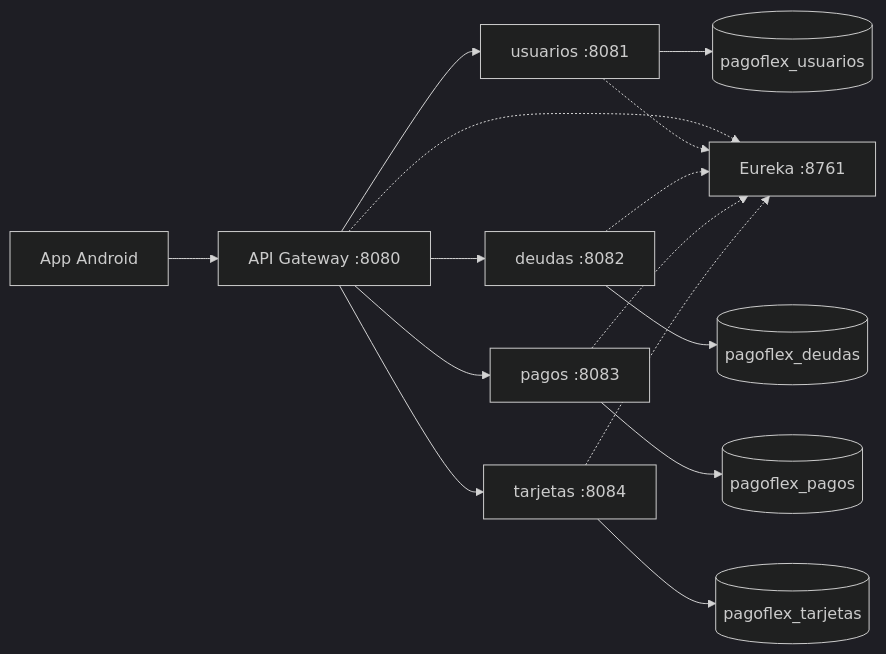
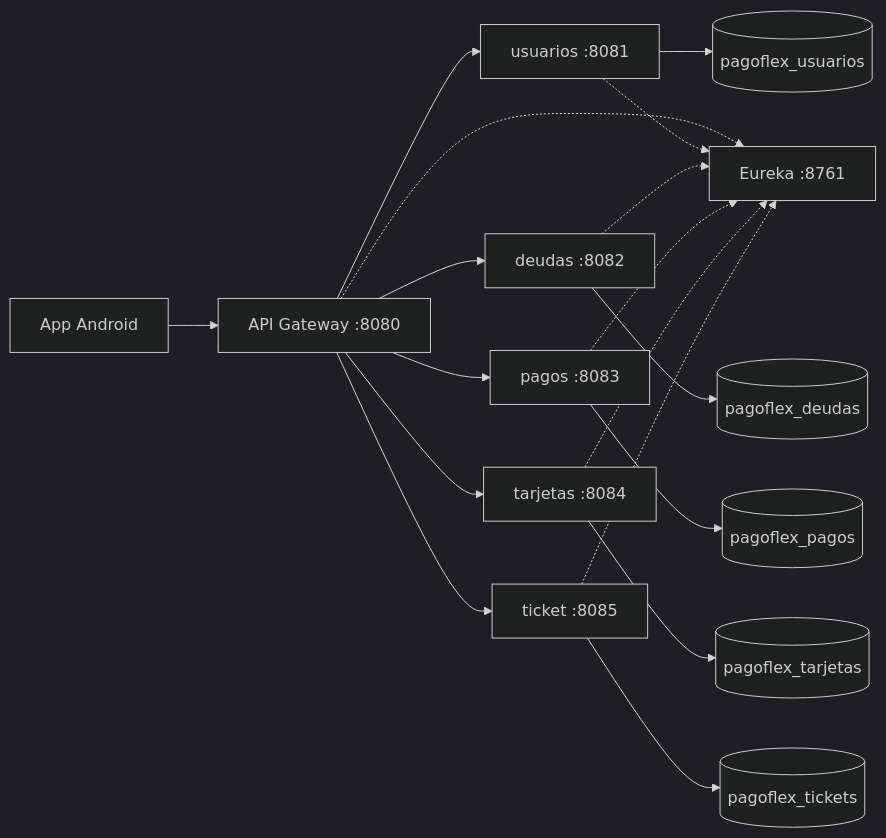
One commit to emiliazx/pagoflex-backend changed the diagram in README.md. Above: the diagram before and after it, drawn with Mermaid (dark theme). The commit also changed other lines of this file and 48 other files, not shown here.

````diff
--- a/README.md
+++ b/README.md
@@ -9,17 +9,20 @@
 ```mermaid
 flowchart LR
     App[App Android] --> GW[API Gateway :8080]
     GW --> U[usuarios :8081]
     GW --> D[deudas :8082]
     GW --> P[pagos :8083]
     GW --> T[tarjetas :8084]
+    GW --> TK[ticket :8085]
     U --> DBU[(pagoflex_usuarios)]
     D --> DBD[(pagoflex_deudas)]
     P --> DBP[(pagoflex_pagos)]
     T --> DBT[(pagoflex_tarjetas)]
+    TK --> DBTK[(pagoflex_tickets)]
     GW -.-> E[Eureka :8761]
     U -.-> E
     D -.-> E
     P -.-> E
     T -.-> E
+    TK -.-> E
 ```
````
